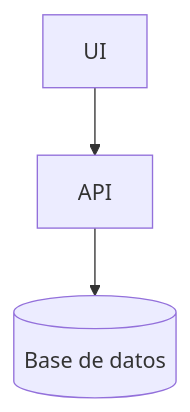
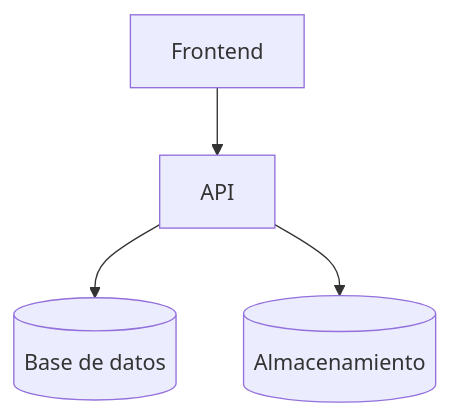
Before and after one commit to elmerfreddy/markdown-to-docx: the diagram in docs/example-report.md, drawn with Mermaid. The commit also changed other lines of this file and 7 other files, not shown here.

````diff
--- a/docs/example-report.md
+++ b/docs/example-report.md
@@ -23,5 +33,6 @@
 ```mermaid
 flowchart TD
-  UI[UI] --> API[API]
+  UI[Frontend] --> API[API]
   API --> DB[(Base de datos)]
+  API --> S3[(Almacenamiento)]
 ```
````
